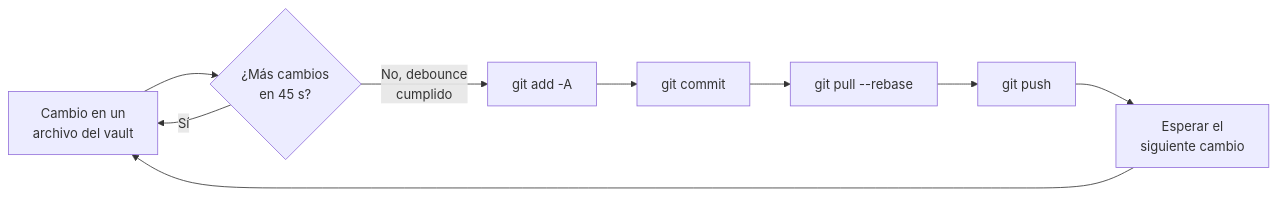
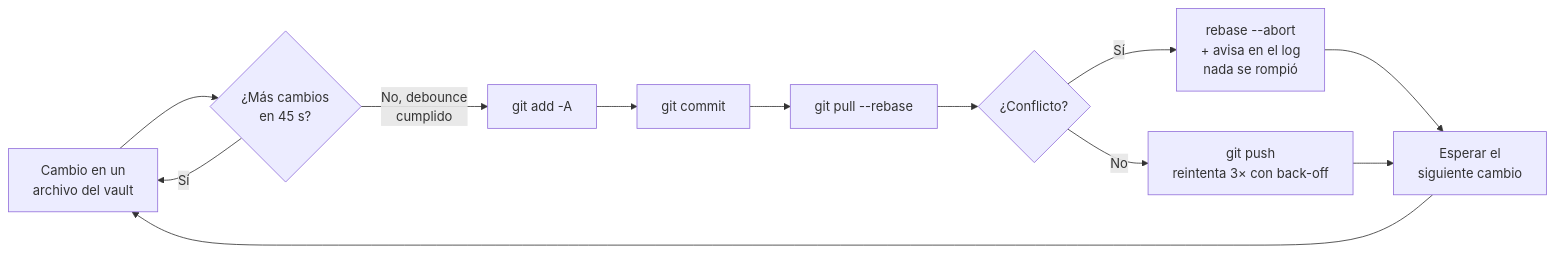
One commit to Vahlame/create-vkm-kit changed the diagram in docs/es/sincronizacion.md. Above: the diagram before and after it, drawn with Mermaid. The commit also changed other lines of this file and 35 other files, not shown here.

````diff
--- a/docs/es/sincronizacion.md
+++ b/docs/es/sincronizacion.md
@@ -19,11 +19,14 @@
 ```mermaid
 flowchart LR
     A[Cambio en un<br/>archivo del vault] --> B{¿Más cambios<br/>en 45 s?}
     B -- Sí --> A
     B -- No, debounce<br/>cumplido --> C[git add -A]
     C --> D[git commit]
     D --> E[git pull --rebase]
-    E --> F[git push]
-    F --> G[Esperar el<br/>siguiente cambio]
+    E --> H{¿Conflicto?}
+    H -- Sí --> I[rebase --abort<br/>+ avisa en el log<br/>nada se rompió]
+    I --> G[Esperar el<br/>siguiente cambio]
+    H -- No --> F[git push<br/>reintenta 3× con back-off]
+    F --> G
     G --> A
 ```
````
